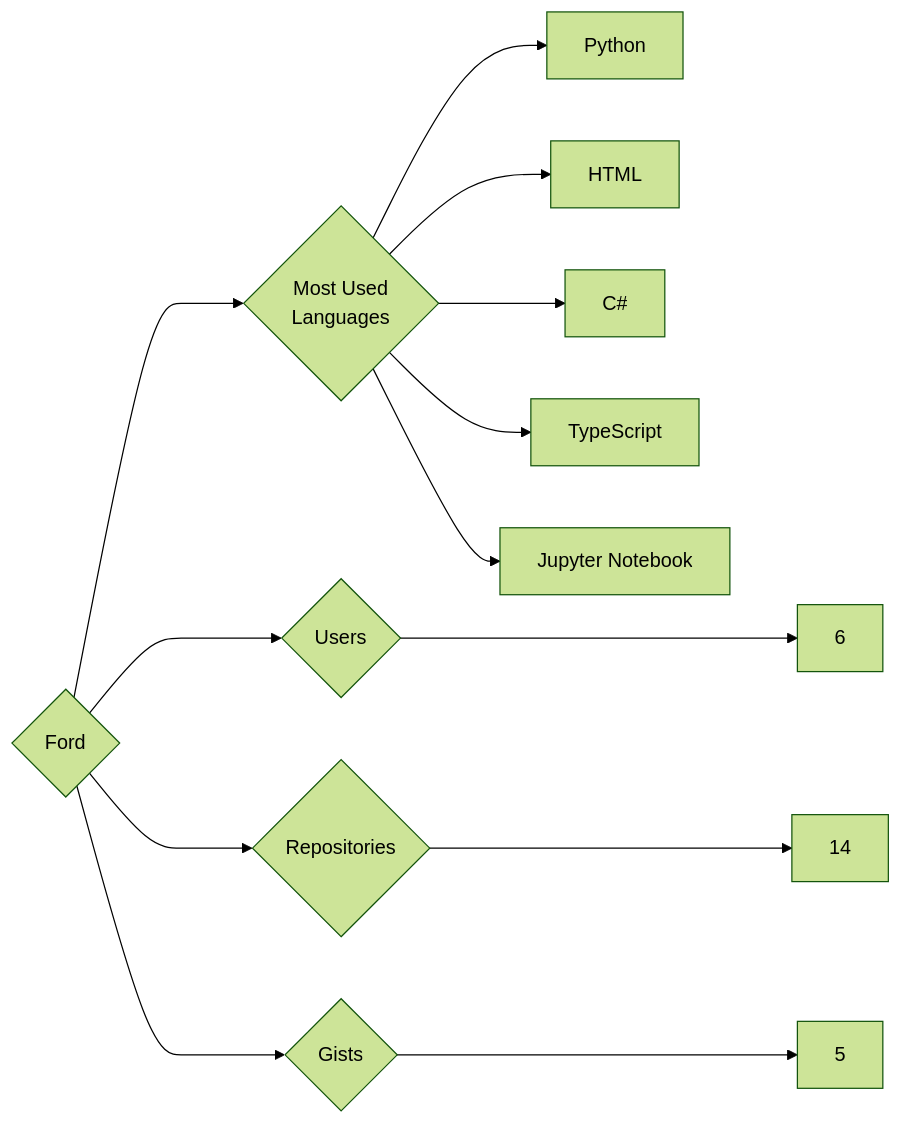
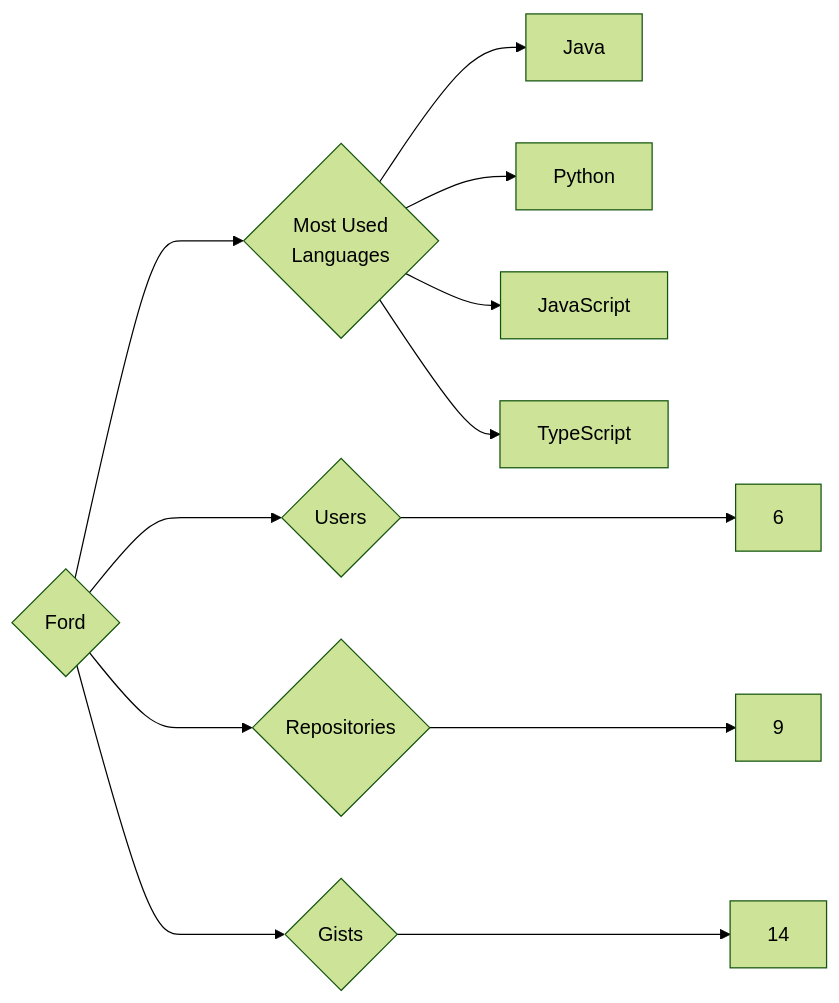
The diagram in targets/Ford/README.md (trickest/insiders), drawn with Mermaid (forest theme) before and after one commit. The commit also changed 1007 other files, not shown here.

````diff
--- a/targets/Ford/README.md
+++ b/targets/Ford/README.md
@@ -3,13 +3,12 @@
 ```mermaid
 graph LR
 COMPANY_NAME{Ford}
 COMPANY_NAME ---> U{Users} ---> UN[6]
-COMPANY_NAME ---> R{Repositories} ---> RN[14]
-COMPANY_NAME ---> G{Gists} ---> GN[5]
+COMPANY_NAME ---> R{Repositories} ---> RN[9]
+COMPANY_NAME ---> G{Gists} ---> GN[14]
 COMPANY_NAME ---> ML{Most Used<br>Languages}
+ML --> Java[Java]
 ML --> Python[Python]
-ML --> HTML[HTML]
-ML --> C#[C#]
+ML --> JavaScript[JavaScript]
 ML --> TypeScript[TypeScript]
-ML --> Jupyter_Notebook[Jupyter Notebook]
 ```
````
